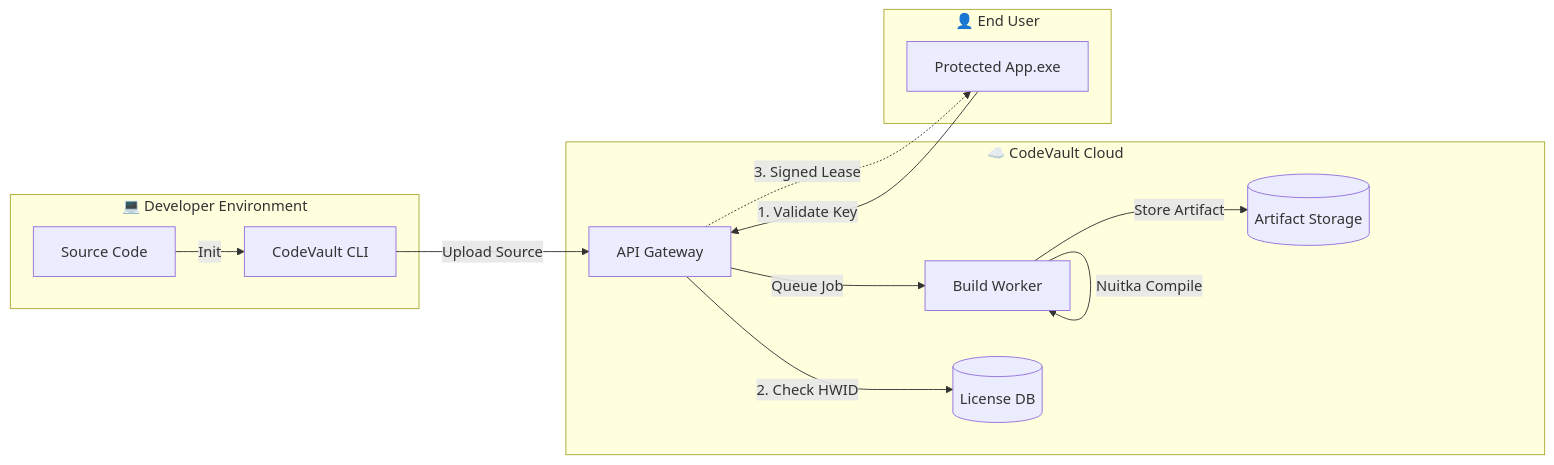
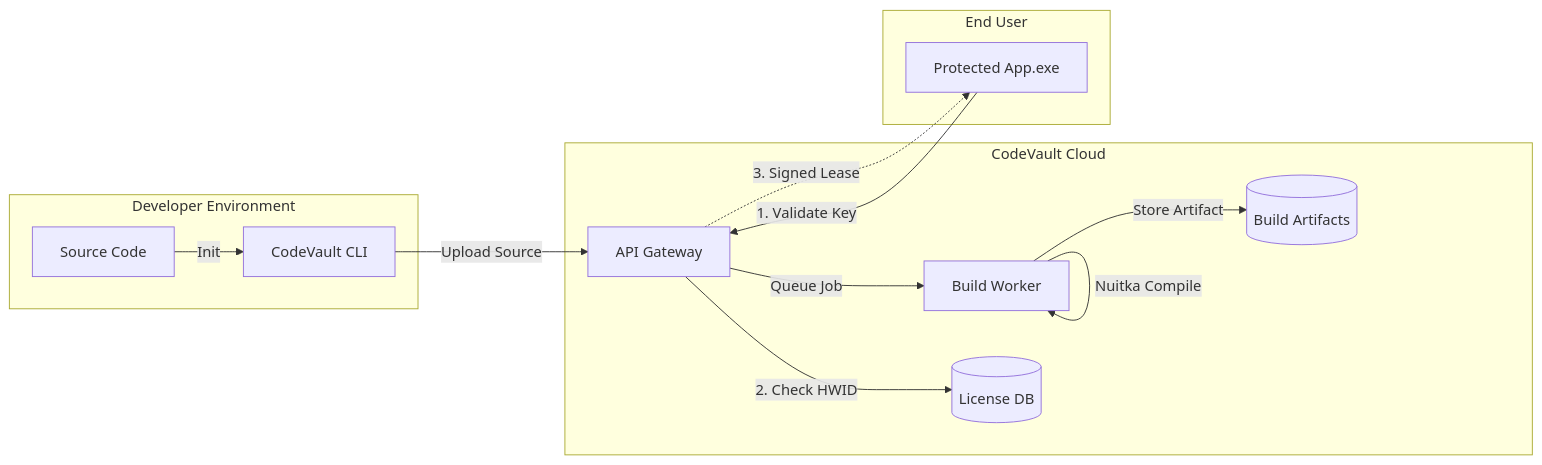
Before and after one commit to ParthSalunkhe7052/code-vault: the diagram in README.md, drawn with Mermaid. The commit also changed other lines of this file and 76 other files, not shown here.

````diff
--- a/README.md
+++ b/README.md
@@ -86,28 +86,28 @@
 ```mermaid
 flowchart LR
-    subgraph Developer["💻 Developer Environment"]
+    subgraph Developer["Developer Environment"]
         Code[Source Code]
         CLI[CodeVault CLI]
     end
 
-    subgraph Cloud["☁️ CodeVault Cloud"]
+    subgraph Cloud["CodeVault Cloud"]
         API[API Gateway]
         Worker[Build Worker]
         DB[(License DB)]
-        R2[(Artifact Storage)]
+        GCS[(Build Artifacts)]
     end
 
-    subgraph User["👤 End User"]
+    subgraph User["End User"]
         App[Protected App.exe]
     end
 
     Code -->|Init| CLI
     CLI -->|Upload Source| API
     API -->|Queue Job| Worker
     Worker -->|Nuitka Compile| Worker
-    Worker -->|Store Artifact| R2
+    Worker -->|Store Artifact| GCS
     
     App -->|1. Validate Key| API
     API -->|2. Check HWID| DB
     API -.->|3. Signed Lease| App
 ```
````
